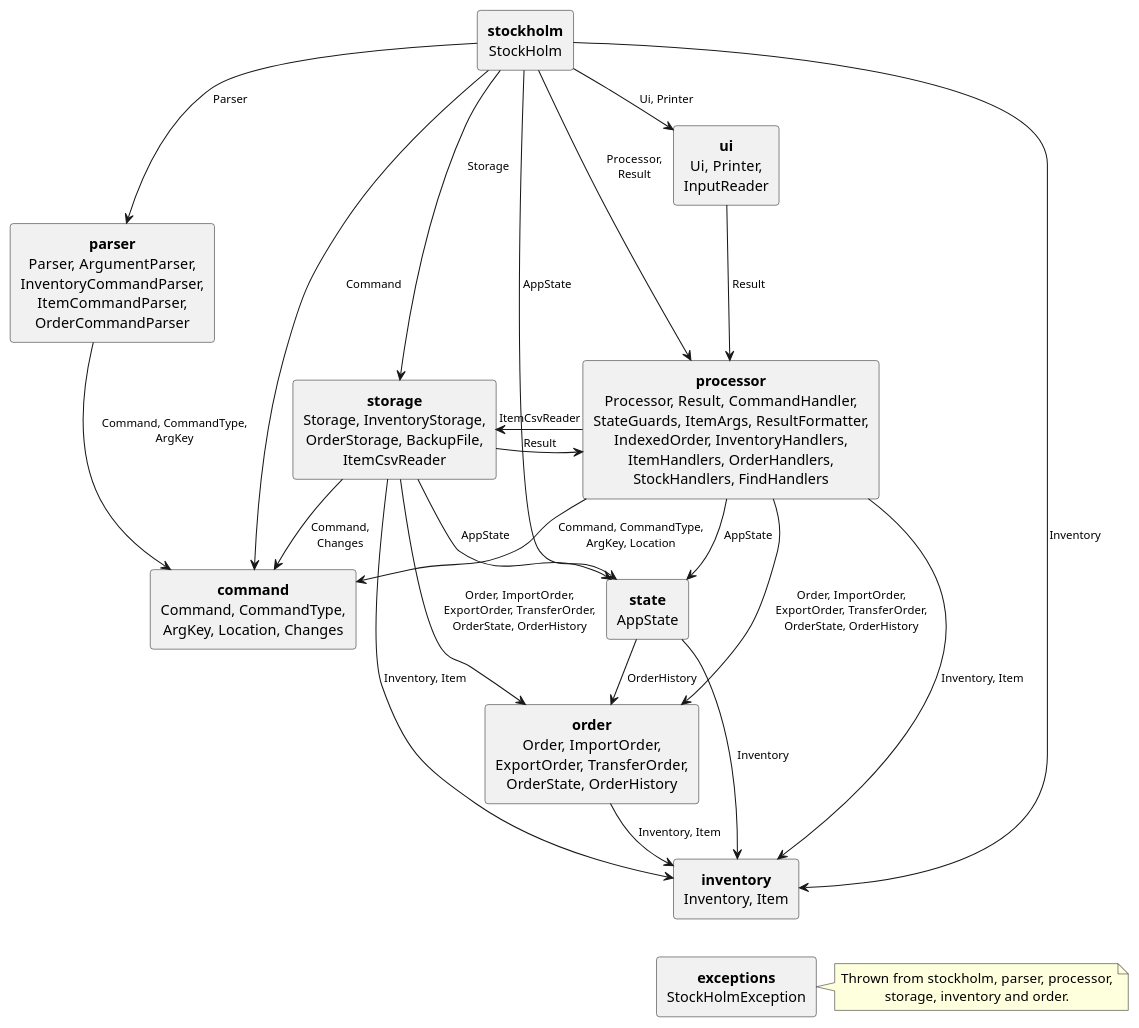
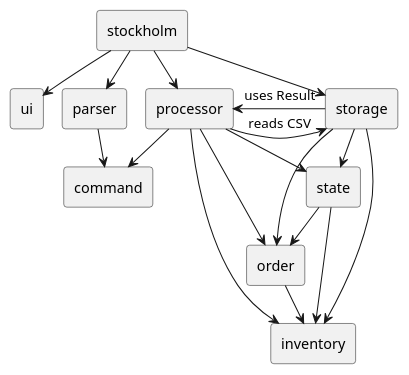
Before and after one commit to AY2627S1-CS2113-W14-4/tp: the diagram in docs/diagrams/CouplingDiagram.puml, drawn with PlantUML. The commit also changed 12 other files, not shown here.

Commit message:
Simplify Developer Guide diagrams

```diff
--- a/docs/diagrams/CouplingDiagram.puml
+++ b/docs/diagrams/CouplingDiagram.puml
@@ -1,53 +1,35 @@
 @startuml
 !pragma layout smetana
-top to bottom direction
-skinparam defaultTextAlignment center
-skinparam ArrowFontSize 11
 skinparam rectangle {
     RoundCorner 6
 }
 
-' One box per package, listing its classes. Each arrow means "some class in the source package uses
-' these classes of the target package". Arrows into stockholm.exceptions are left out; see the note.
+' Selected package dependencies. Exception dependencies are omitted.
+rectangle stockholm as main
+rectangle ui
+rectangle parser
+rectangle processor
+rectangle storage
+rectangle command
+rectangle state
+rectangle order
+rectangle inventory
 
-rectangle "**stockholm**\nStockHolm" as main
-rectangle "**ui**\nUi, Printer,\nInputReader" as ui
-rectangle "**parser**\nParser, ArgumentParser,\nInventoryCommandParser,\nItemCommandParser,\nOrderCommandParser" as parser
-rectangle "**storage**\nStorage, InventoryStorage,\nOrderStorage, BackupFile,\nItemCsvReader" as storage
-rectangle "**processor**\nProcessor, Result, CommandHandler,\nStateGuards, ItemArgs, ResultFormatter,\nIndexedOrder, InventoryHandlers,\nItemHandlers, OrderHandlers,\nStockHandlers, FindHandlers" as processor
-rectangle "**command**\nCommand, CommandType,\nArgKey, Location, Changes" as command
-rectangle "**state**\nAppState" as state
-rectangle "**order**\nOrder, ImportOrder,\nExportOrder, TransferOrder,\nOrderState, OrderHistory" as order
-rectangle "**inventory**\nInventory, Item" as inventory
-rectangle "**exceptions**\nStockHolmException" as exceptions
-
-main -down-> ui : Ui, Printer
-main -down-> parser : Parser
-main -down-> storage : Storage
-main -down-> processor : Processor,\nResult
-main -down-> state : AppState
-main -down-> command : Command
-main -down-> inventory : Inventory
-
-ui -down-> processor : Result
-parser -down-> command : Command, CommandType,\nArgKey
-storage -right-> processor : Result
-processor -left-> storage : ItemCsvReader
-storage -down-> command : Command,\nChanges
-storage -down-> state : AppState
-storage -down-> order : Order, ImportOrder,\nExportOrder, TransferOrder,\nOrderState, OrderHistory
-storage -down-> inventory : Inventory, Item
-processor -down-> command : Command, CommandType,\nArgKey, Location
-processor -down-> state : AppState
-processor -down-> order : Order, ImportOrder,\nExportOrder, TransferOrder,\nOrderState, OrderHistory
-processor -down-> inventory : Inventory, Item
-state -down-> inventory : Inventory
-state -down-> order : OrderHistory
-order -down-> inventory : Inventory, Item
-
-note right of exceptions
-    Thrown from stockholm, parser, processor,
-    storage, inventory and order.
-end note
-inventory -[hidden]down-> exceptions
+main -down-> ui
+main -down-> parser
+main -down-> processor
+main -down-> storage
+parser -down-> command
+processor -down-> command
+processor -down-> state
+processor -down-> order
+processor -down-> inventory
+processor -right-> storage : reads CSV
+storage -left-> processor : uses Result
+storage -down-> state
+storage -down-> order
+storage -down-> inventory
+state -down-> order
+state -down-> inventory
+order -down-> inventory
 @enduml
```
